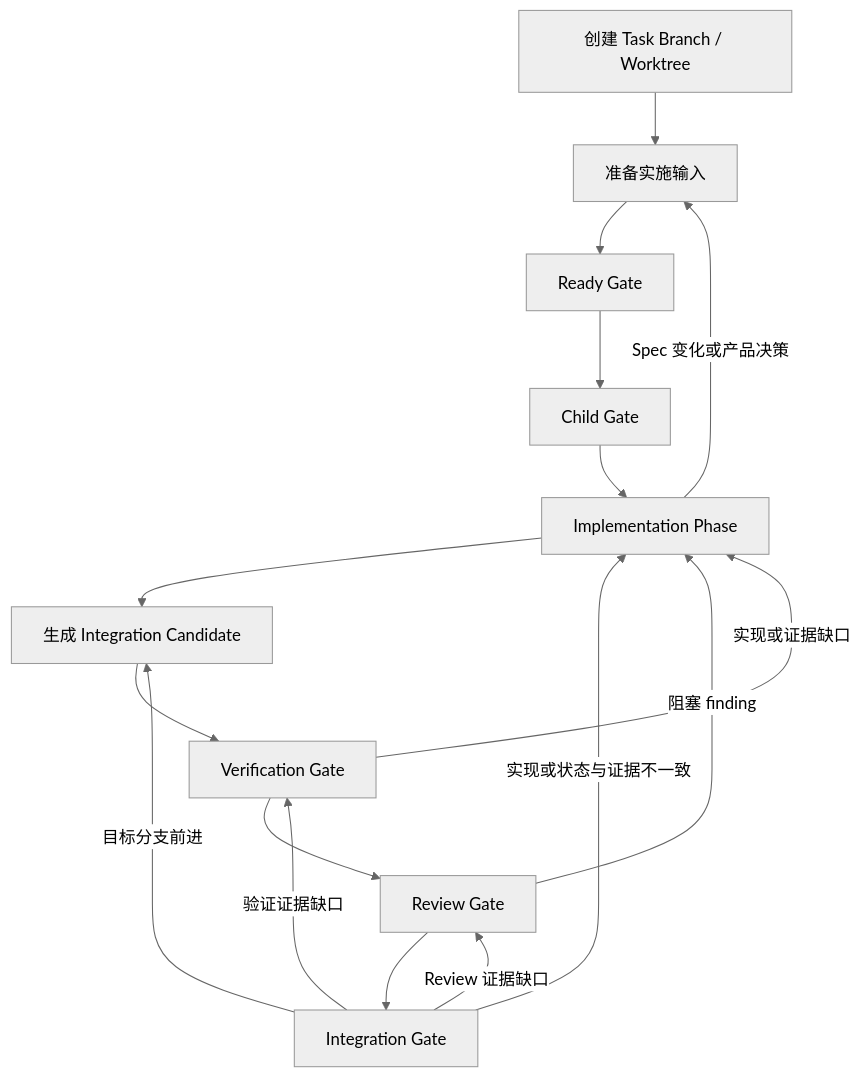
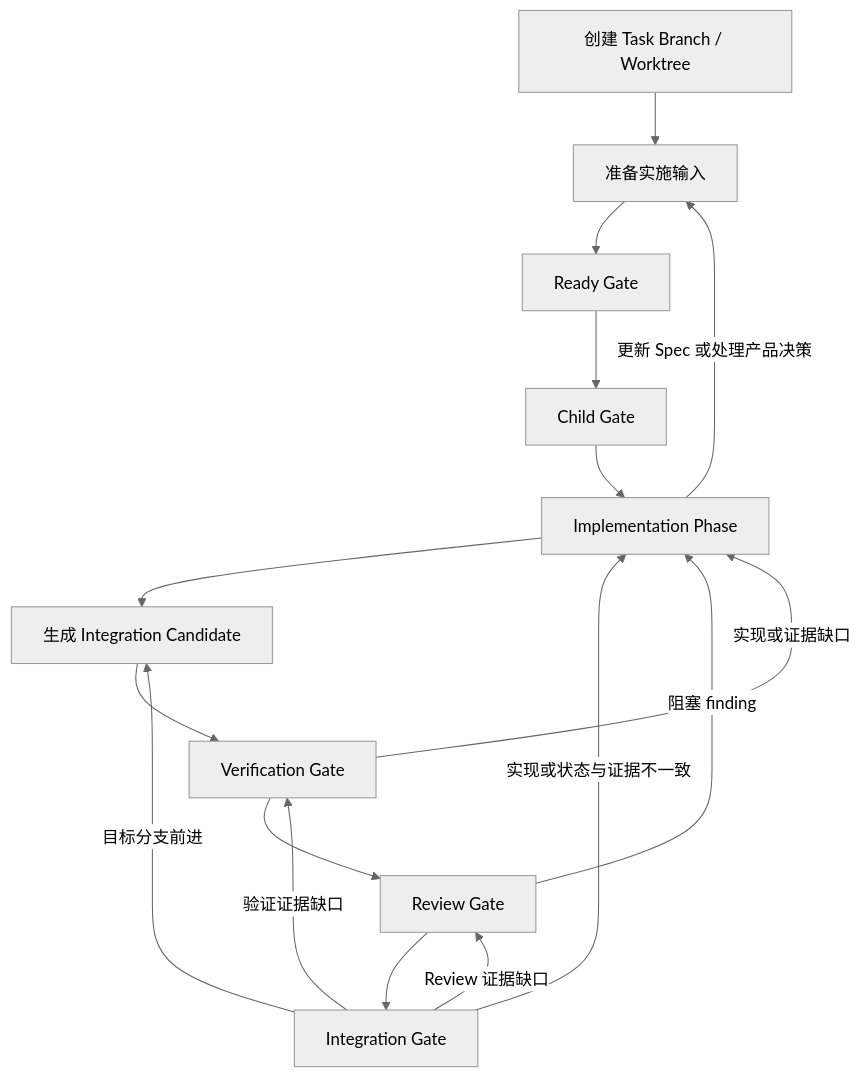
The diagram in WORKFLOW.md (hanjeahwan/chatgpt-pro), drawn with Mermaid (neutral theme) before and after one commit. The commit also changed other lines of this file and 5 other files, not shown here.

````diff
--- a/WORKFLOW.md
+++ b/WORKFLOW.md
@@ -5,18 +5,18 @@
 ```mermaid
 flowchart TD
     A["创建 Task Branch / Worktree"] --> B["准备实施输入"]
     B --> C["Ready Gate"]
     C --> D["Child Gate"]
     D --> E["Implementation Phase"]
     E --> F["生成 Integration Candidate"]
     F --> G["Verification Gate"]
     G --> H["Review Gate"]
     H --> I["Integration Gate"]
-    E -- "Spec 变化或产品决策" --> B
+    E -- "更新 Spec 或处理产品决策" --> B
     G -- "实现或证据缺口" --> E
     H -- "阻塞 finding" --> E
     I -- "目标分支前进" --> F
     I -- "实现或状态与证据不一致" --> E
     I -- "验证证据缺口" --> G
     I -- "Review 证据缺口" --> H
 ```
````
